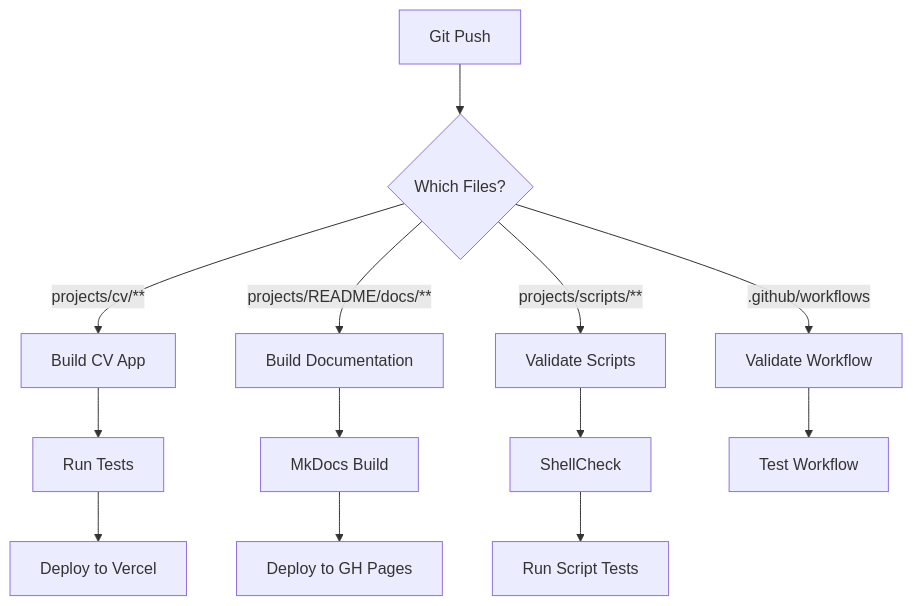
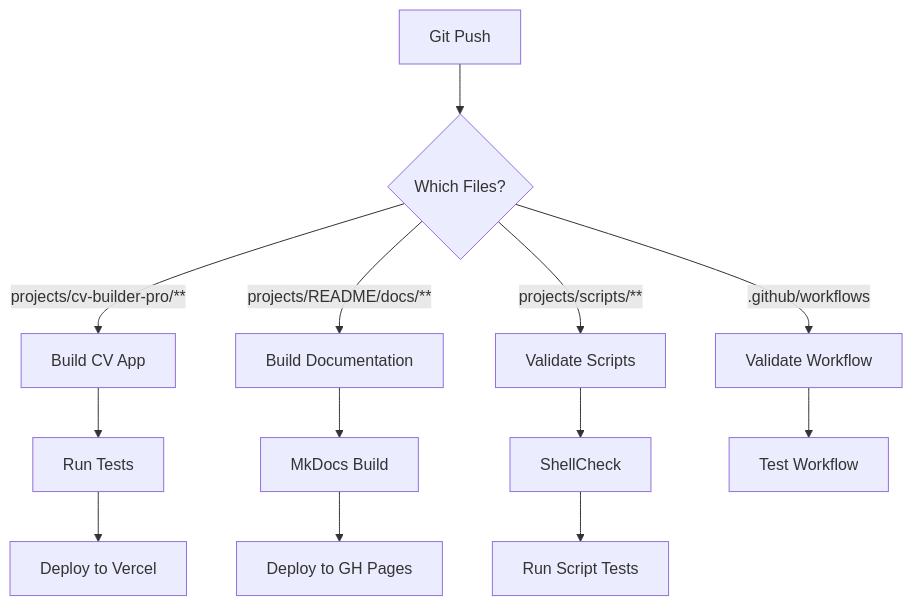
The fifth of 6 diagrams in docs/ARCHITECTURE.md (bamr87/bamr87), drawn with Mermaid before and after one commit. The commit also changed other lines of this file and 18 other files, not shown here.

````diff
--- a/docs/ARCHITECTURE.md
+++ b/docs/ARCHITECTURE.md
@@ -220,22 +220,22 @@
 ```mermaid
 graph TB
     Push[Git Push]
     
     Push --> Trigger{Which Files?}
     
     Trigger -->|.github/workflows| WorkflowValidation[Validate Workflow]
-    Trigger -->|projects/cv/**| CVBuild[Build CV App]
+    Trigger -->|projects/cv-builder-pro/**| CVBuild[Build CV App]
     Trigger -->|projects/README/docs/**| DocBuild[Build Documentation]
     Trigger -->|projects/scripts/**| ScriptValidation[Validate Scripts]
     
     CVBuild --> CVTest[Run Tests]
     CVTest --> CVDeploy[Deploy to Vercel]
     
     DocBuild --> MkDocsBuild[MkDocs Build]
     MkDocsBuild --> GHPagesDeploy[Deploy to GH Pages]
     
     ScriptValidation --> Shellcheck[ShellCheck]
     Shellcheck --> ScriptTests[Run Script Tests]
     
     WorkflowValidation --> WorkflowTest[Test Workflow]
 ```
````
